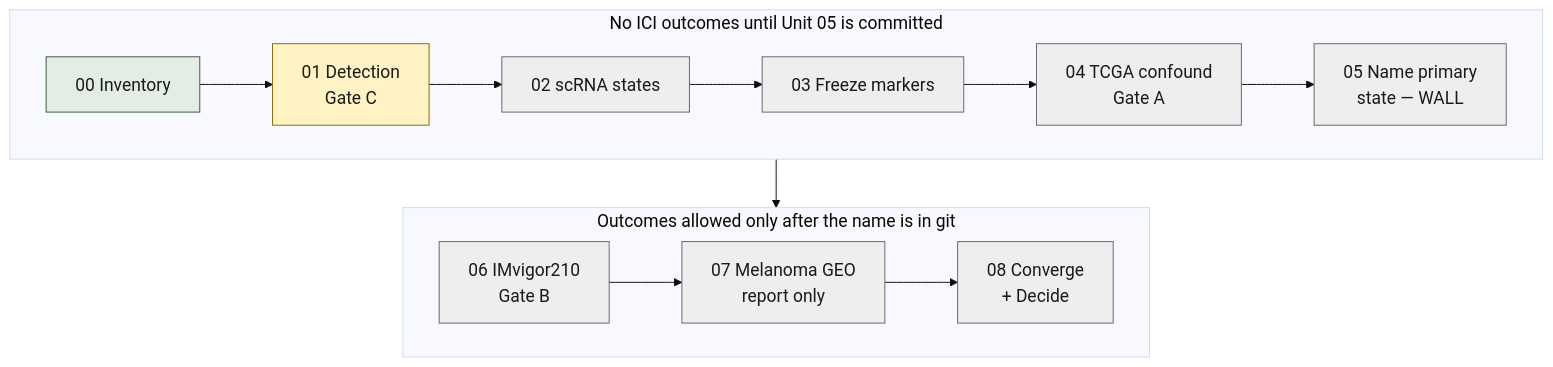
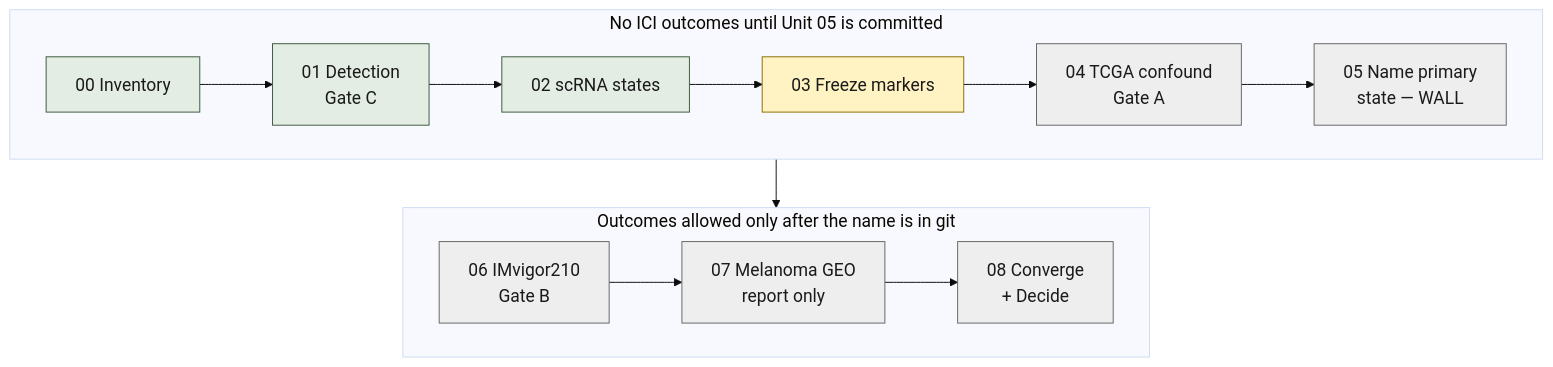
One commit to cauld/scendo changed the diagram in docs/diagrams/scendo-units.mmd. Above: the diagram before and after it, drawn with Mermaid. The commit also changed 11 other files, not shown here.

```diff
--- a/docs/diagrams/scendo-units.mmd
+++ b/docs/diagrams/scendo-units.mmd
@@ -1,25 +1,25 @@
 %%{init: {"theme": "base", "themeVariables": {"fontSize": "18px", "fontFamily": "Helvetica, Arial, sans-serif"}} }%%
 flowchart TB
   subgraph before["No ICI outcomes until Unit 05 is committed"]
     direction LR
     U00["00 Inventory"] --> U01["01 Detection<br/>Gate C"]
     U01 --> U02["02 scRNA states"]
     U02 --> U03["03 Freeze markers"]
     U03 --> U04["04 TCGA confound<br/>Gate A"]
     U04 --> U05["05 Name primary<br/>state — WALL"]
   end
 
   subgraph after["Outcomes allowed only after the name is in git"]
     direction LR
     U06["06 IMvigor210<br/>Gate B"] --> U07["07 Melanoma GEO<br/>report only"]
     U07 --> U08["08 Converge<br/>+ Decide"]
   end
 
   U05 --> U06
 
   classDef done fill:#E4EDE4,stroke:#3D5A3D,color:#1A1A1A
   classDef now fill:#FFF3C4,stroke:#8A6D00,color:#1A1A1A
   classDef later fill:#EEEEEE,stroke:#666666,color:#1A1A1A
-  class U00 done
-  class U01 now
-  class U02,U03,U04,U05,U06,U07,U08 later
+  class U00,U01,U02 done
+  class U03 now
+  class U04,U05,U06,U07,U08 later
```
